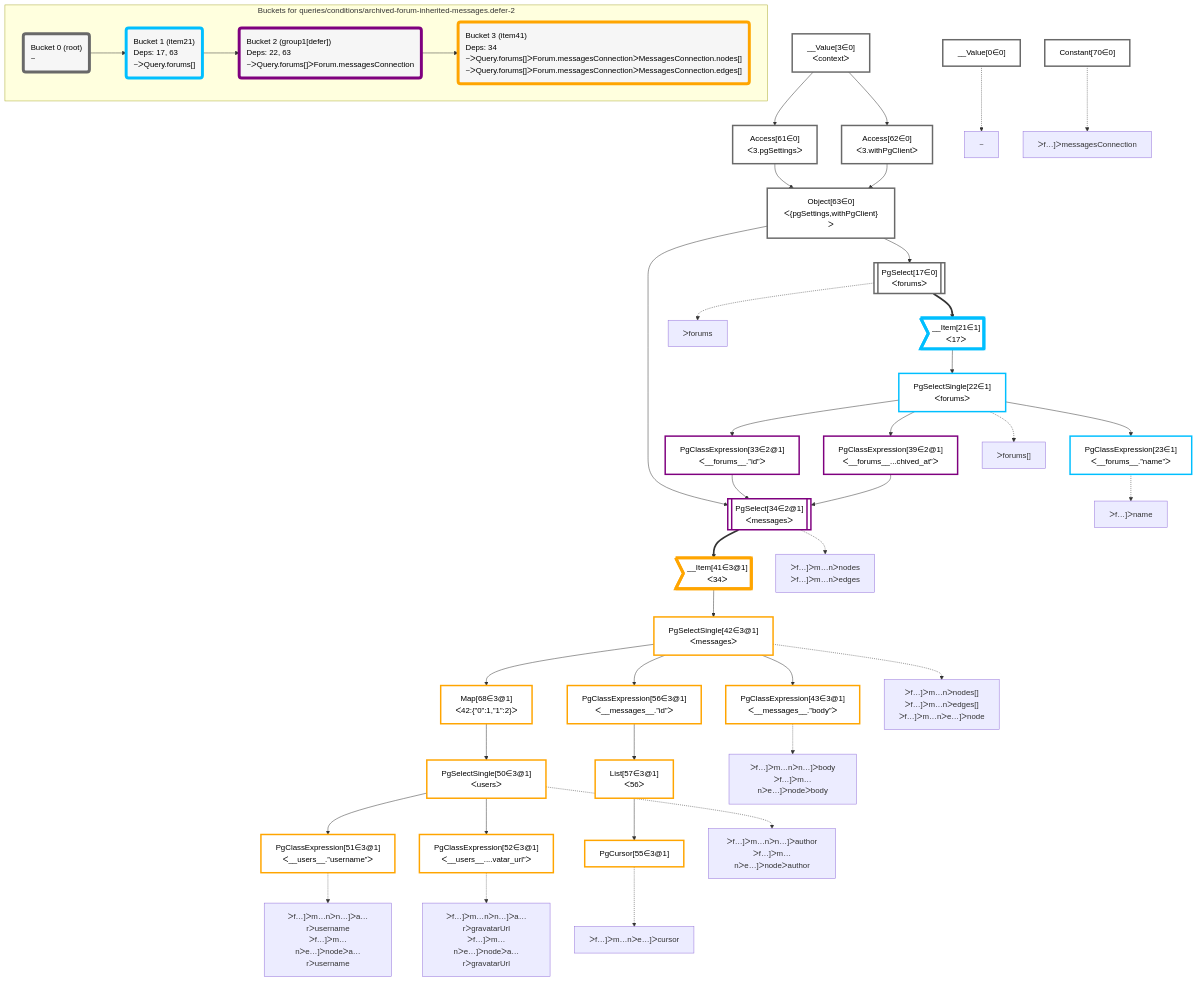
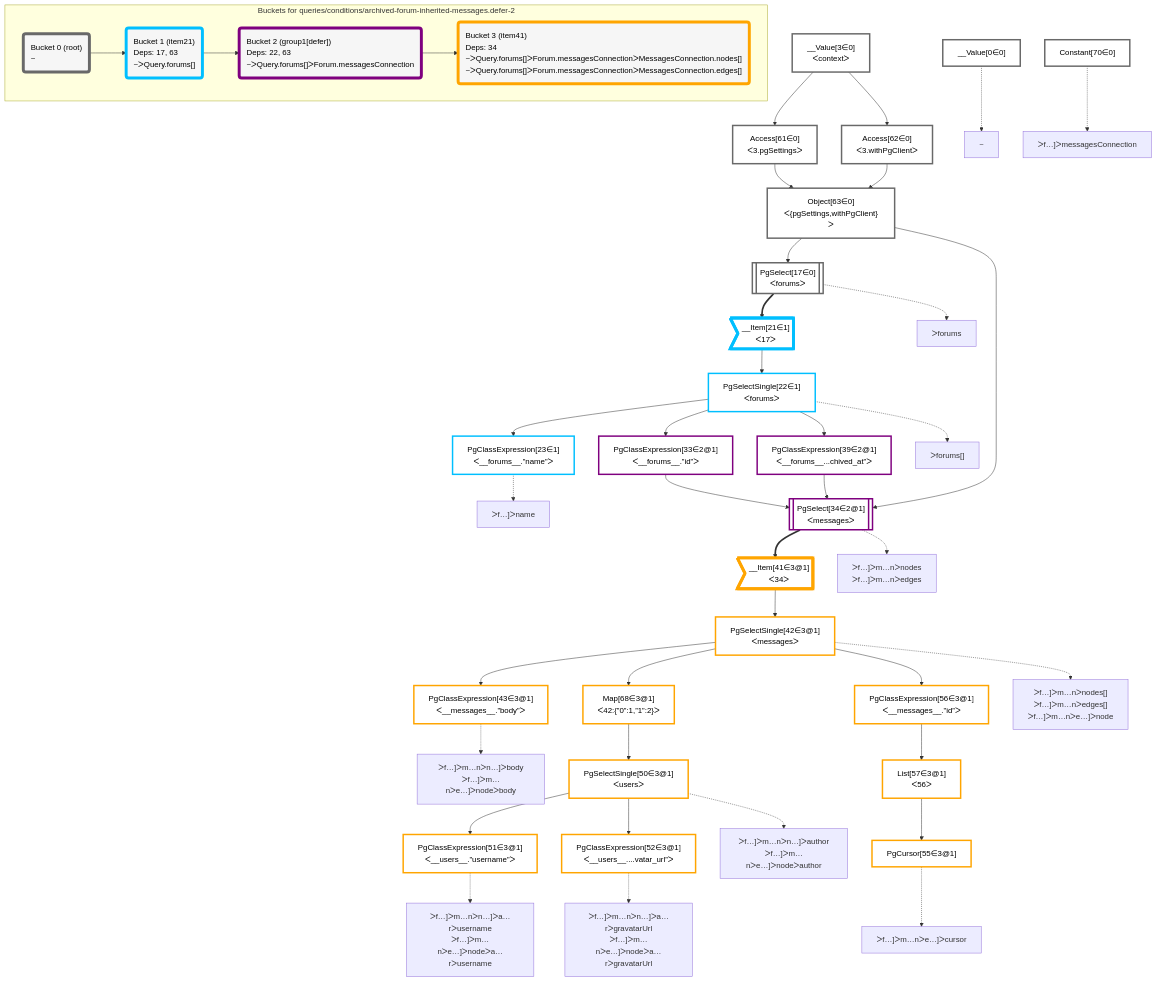
One commit to graphile/crystal changed the diagram in packages/dataplan-pg/__tests__/queries/conditions/archived-forum-inherited-messages.defer-2.mermaid.md. Above: the diagram before and after it, drawn with Mermaid. The commit also changed other lines of this file and 195 other files, not shown here.

Commit message:
Reorder graphs

```diff
--- a/packages/dataplan-pg/__tests__/queries/conditions/archived-forum-inherited-messages.defer-2.mermaid.md
+++ b/packages/dataplan-pg/__tests__/queries/conditions/archived-forum-inherited-messages.defer-2.mermaid.md
@@ -9,50 +9,50 @@
 
     %% define plans
     __Value0["__Value[0∈0]"]:::plan
+    __Value3["__Value[3∈0]<br />ᐸcontextᐳ"]:::plan
+    Access61["Access[61∈0]<br />ᐸ3.pgSettingsᐳ"]:::plan
+    Access62["Access[62∈0]<br />ᐸ3.withPgClientᐳ"]:::plan
+    Object63["Object[63∈0]<br />ᐸ{pgSettings,withPgClient}ᐳ"]:::plan
+    PgSelect17[["PgSelect[17∈0]<br />ᐸforumsᐳ"]]:::plan
+    __Item21>"__Item[21∈1]<br />ᐸ17ᐳ"]:::itemplan
+    PgSelectSingle22["PgSelectSingle[22∈1]<br />ᐸforumsᐳ"]:::plan
     PgClassExpression23["PgClassExpression[23∈1]<br />ᐸ__forums__.”name”ᐳ"]:::plan
+    PgClassExpression33["PgClassExpression[33∈2@1]<br />ᐸ__forums__.”id”ᐳ"]:::plan
+    PgClassExpression39["PgClassExpression[39∈2@1]<br />ᐸ__forums__...chived_at”ᐳ"]:::plan
+    PgSelect34[["PgSelect[34∈2@1]<br />ᐸmessagesᐳ"]]:::plan
+    Constant70["Constant[70∈0]"]:::plan
+    __Item41>"__Item[41∈3@1]<br />ᐸ34ᐳ"]:::itemplan
+    PgSelectSingle42["PgSelectSingle[42∈3@1]<br />ᐸmessagesᐳ"]:::plan
     PgClassExpression43["PgClassExpression[43∈3@1]<br />ᐸ__messages__.”body”ᐳ"]:::plan
+    Map68["Map[68∈3@1]<br />ᐸ42:{”0”:1,”1”:2}ᐳ"]:::plan
+    PgSelectSingle50["PgSelectSingle[50∈3@1]<br />ᐸusersᐳ"]:::plan
     PgClassExpression51["PgClassExpression[51∈3@1]<br />ᐸ__users__.”username”ᐳ"]:::plan
     PgClassExpression52["PgClassExpression[52∈3@1]<br />ᐸ__users__....vatar_url”ᐳ"]:::plan
-    PgSelectSingle50["PgSelectSingle[50∈3@1]<br />ᐸusersᐳ"]:::plan
-    Map68["Map[68∈3@1]<br />ᐸ42:{”0”:1,”1”:2}ᐳ"]:::plan
+    PgClassExpression56["PgClassExpression[56∈3@1]<br />ᐸ__messages__.”id”ᐳ"]:::plan
+    List57["List[57∈3@1]<br />ᐸ56ᐳ"]:::plan
     PgCursor55["PgCursor[55∈3@1]"]:::plan
-    List57["List[57∈3@1]<br />ᐸ56ᐳ"]:::plan
-    PgClassExpression56["PgClassExpression[56∈3@1]<br />ᐸ__messages__.”id”ᐳ"]:::plan
-    PgSelectSingle42["PgSelectSingle[42∈3@1]<br />ᐸmessagesᐳ"]:::plan
-    __Item41>"__Item[41∈3@1]<br />ᐸ34ᐳ"]:::itemplan
-    PgSelect34[["PgSelect[34∈2@1]<br />ᐸmessagesᐳ"]]:::plan
-    PgClassExpression33["PgClassExpression[33∈2@1]<br />ᐸ__forums__.”id”ᐳ"]:::plan
-    PgClassExpression39["PgClassExpression[39∈2@1]<br />ᐸ__forums__...chived_at”ᐳ"]:::plan
-    PgSelectSingle22["PgSelectSingle[22∈1]<br />ᐸforumsᐳ"]:::plan
-    __Item21>"__Item[21∈1]<br />ᐸ17ᐳ"]:::itemplan
-    PgSelect17[["PgSelect[17∈0]<br />ᐸforumsᐳ"]]:::plan
-    Object63["Object[63∈0]<br />ᐸ{pgSettings,withPgClient}ᐳ"]:::plan
-    Access61["Access[61∈0]<br />ᐸ3.pgSettingsᐳ"]:::plan
-    Access62["Access[62∈0]<br />ᐸ3.withPgClientᐳ"]:::plan
-    __Value3["__Value[3∈0]<br />ᐸcontextᐳ"]:::plan
-    Constant70["Constant[70∈0]"]:::plan
 
     %% plan dependencies
+    __Value3 --> Access61
+    __Value3 --> Access62
+    Access61 & Access62 --> Object63
+    Object63 --> PgSelect17
+    PgSelect17 ==> __Item21
+    __Item21 --> PgSelectSingle22
     PgSelectSingle22 --> PgClassExpression23
+    PgSelectSingle22 --> PgClassExpression33
+    PgSelectSingle22 --> PgClassExpression39
+    Object63 & PgClassExpression33 & PgClassExpression39 --> PgSelect34
+    PgSelect34 ==> __Item41
+    __Item41 --> PgSelectSingle42
     PgSelectSingle42 --> PgClassExpression43
+    PgSelectSingle42 --> Map68
+    Map68 --> PgSelectSingle50
     PgSelectSingle50 --> PgClassExpression51
     PgSelectSingle50 --> PgClassExpression52
-    Map68 --> PgSelectSingle50
-    PgSelectSingle42 --> Map68
+    PgSelectSingle42 --> PgClassExpression56
+    PgClassExpression56 --> List57
     List57 --> PgCursor55
-    PgClassExpression56 --> List57
-    PgSelectSingle42 --> PgClassExpression56
-    __Item41 --> PgSelectSingle42
-    PgSelect34 ==> __Item41
-    Object63 & PgClassExpression33 & PgClassExpression39 --> PgSelect34
-    PgSelectSingle22 --> PgClassExpression33
-    PgSelectSingle22 --> PgClassExpression39
-    __Item21 --> PgSelectSingle22
-    PgSelect17 ==> __Item21
-    Object63 --> PgSelect17
-    Access61 & Access62 --> Object63
-    __Value3 --> Access61
-    __Value3 --> Access62
 
     %% plan-to-path relationships
     P0["~"]
```
